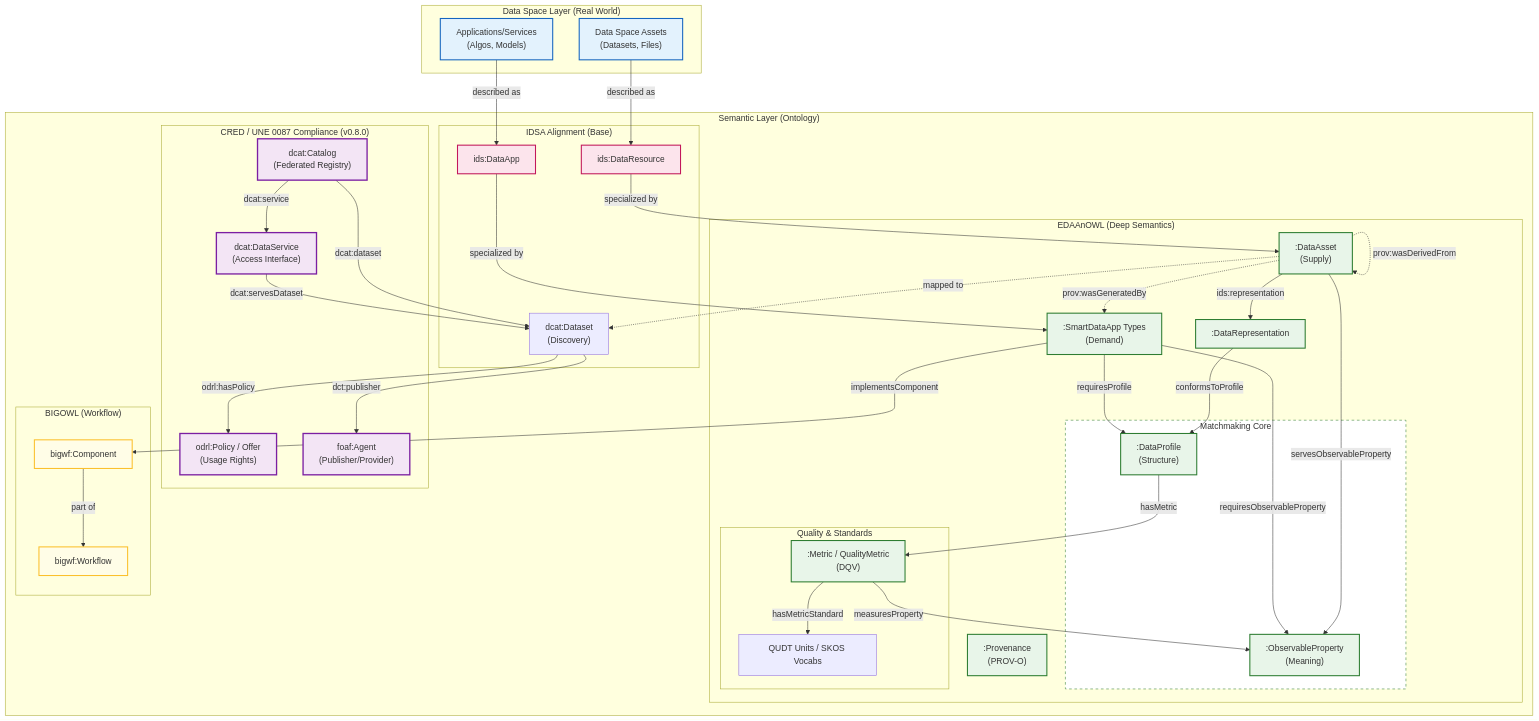
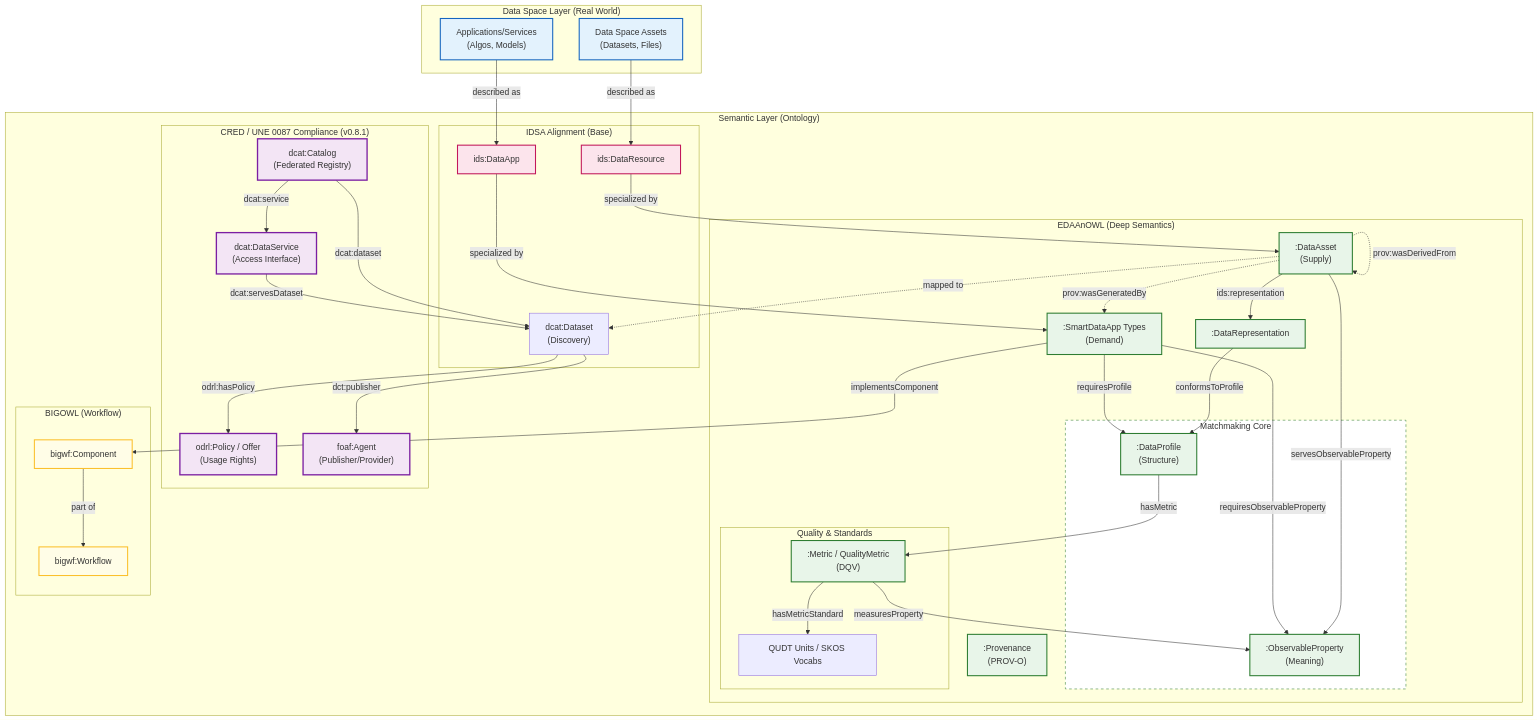
One commit to KhaosResearch/EDAAnOWL changed the diagram in docs/ARCHITECTURE.md. Above: the diagram before and after it, drawn with Mermaid. The commit also changed other lines of this file and 17 other files, not shown here.

```diff
--- a/docs/ARCHITECTURE.md
+++ b/docs/ARCHITECTURE.md
@@ -8,7 +8,7 @@
     end
 
     subgraph Semantic ["Semantic Layer (Ontology)"]
-        subgraph CRED ["CRED / UNE 0087 Compliance (v0.8.0)"]
+        subgraph CRED ["CRED / UNE 0087 Compliance (v0.8.1)"]
             CAT["dcat:Catalog<br/>(Federated Registry)"]
             SRV["dcat:DataService<br/>(Access Interface)"]
             POL["odrl:Policy / Offer<br/>(Usage Rights)"]
```
